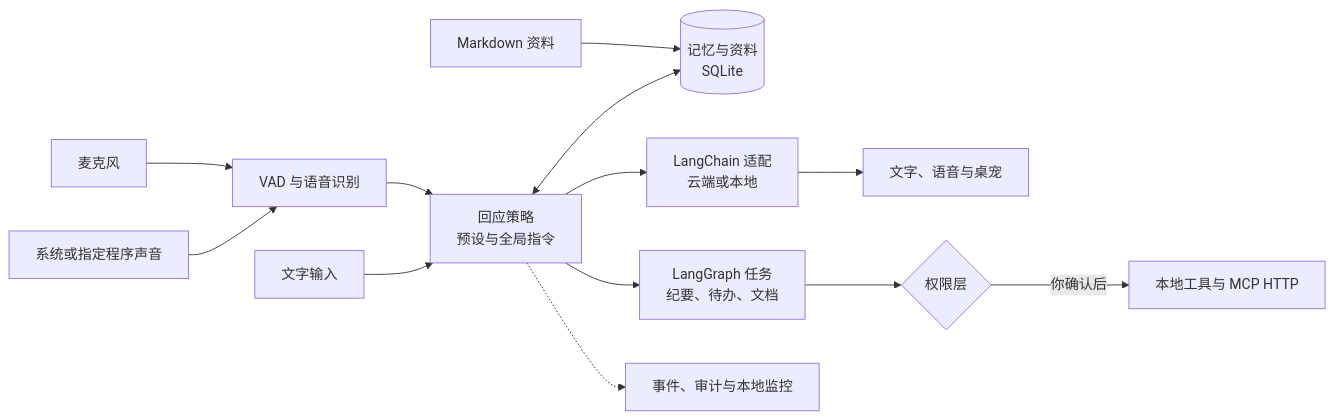
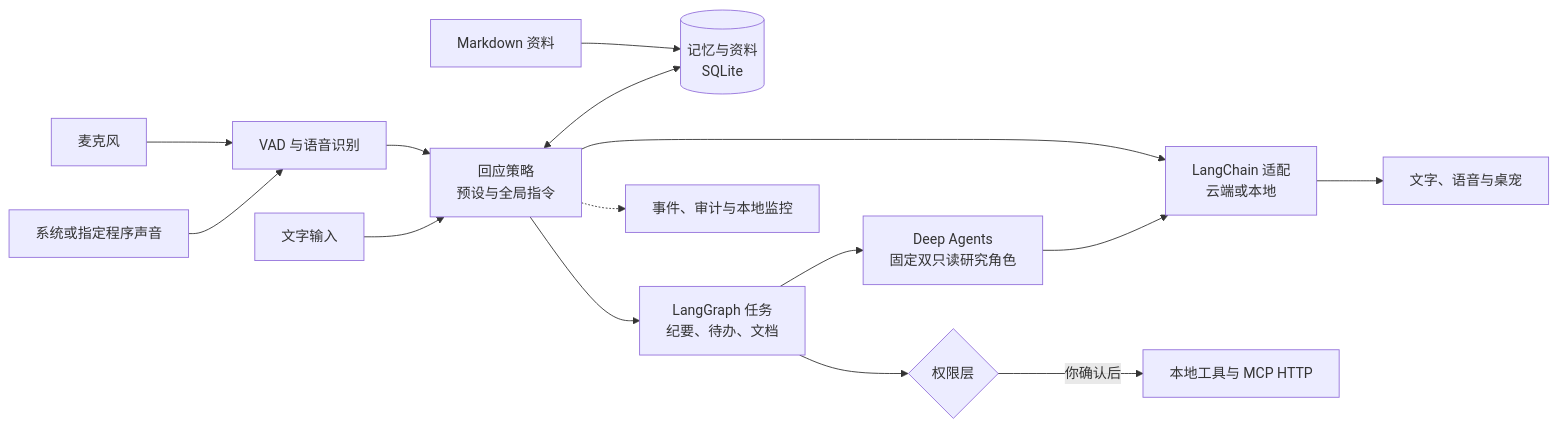
Before and after one commit to MuzeAnisichael/GreatSage: the diagram in README.md, drawn with Mermaid. The commit also changed other lines of this file and 12 other files, not shown here.

Commit message:
docs(v0.7): map research architecture and delivery boundaries

````diff
--- a/README.md
+++ b/README.md
@@ -153,15 +158,17 @@
 ```mermaid
 flowchart LR
     Mic[麦克风] --> ASR[VAD 与语音识别]
     Desktop[系统或指定程序声音] --> ASR
     ASR --> Runtime[回应策略<br/>预设与全局指令]
     Text[文字输入] --> Runtime
     Docs[Markdown 资料] --> Memory[(记忆与资料<br/>SQLite)]
     Runtime <--> Memory
     Runtime --> LLM[LangChain 适配<br/>云端或本地]
     LLM --> Output[文字、语音与桌宠]
     Runtime --> Tasks[LangGraph 任务<br/>纪要、待办、文档]
+    Tasks --> Research[Deep Agents<br/>固定双只读研究角色]
+    Research --> LLM
     Tasks --> Policy{权限层}
     Policy -->|你确认后| Tools[本地工具与 MCP HTTP]
     Runtime -.-> Audit[事件、审计与本地监控]
 ```
````
